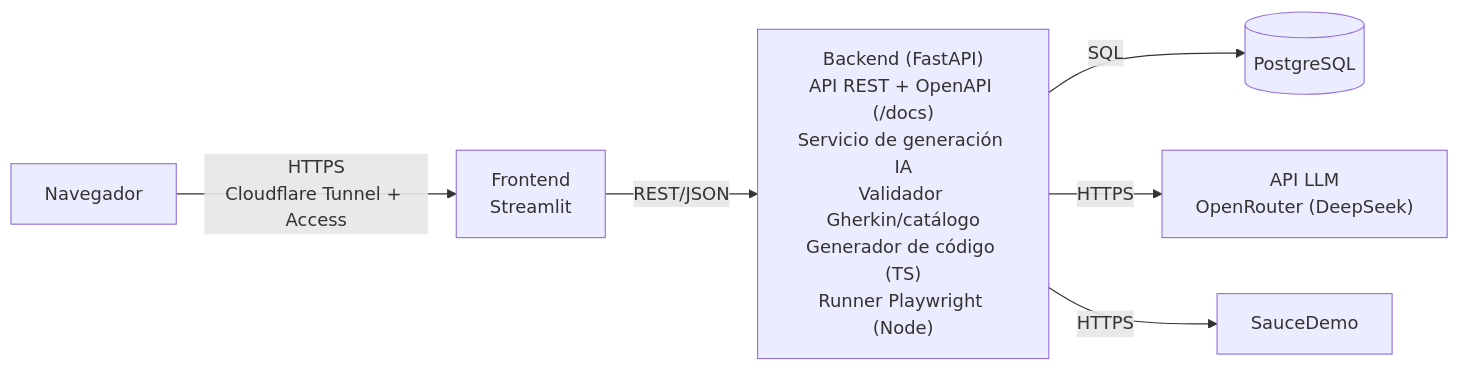
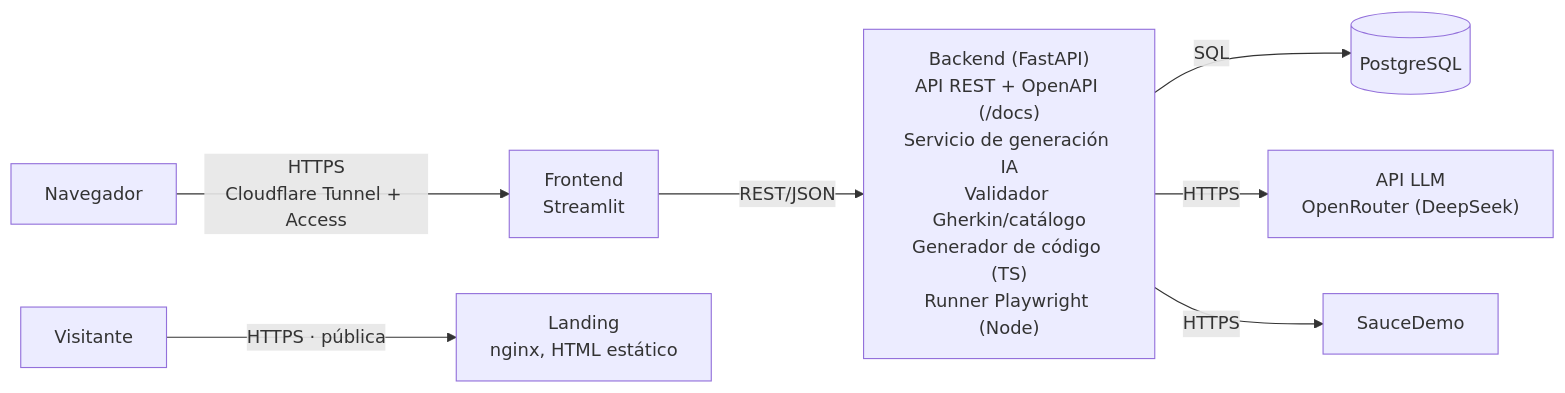
One commit to odremano/QACopilot changed the diagram in README.md. Above: the diagram before and after it, drawn with Mermaid. The commit also changed other lines of this file and 5 other files, not shown here.

First line of the commit message:
feat: la landing se sirve con nginx como cuarto servicio del compose

````diff
--- a/README.md
+++ b/README.md
@@ -15,8 +15,9 @@
 ```mermaid
 flowchart LR
     nav["Navegador"] -->|"HTTPS<br/>Cloudflare Tunnel + Access"| fe["Frontend<br/>Streamlit"]
     fe -->|"REST/JSON"| be["Backend (FastAPI)<br/>API REST + OpenAPI (/docs)<br/>Servicio de generación IA<br/>Validador Gherkin/catálogo<br/>Generador de código (TS)<br/>Runner Playwright (Node)"]
     be -->|SQL| db[("PostgreSQL")]
     be -->|HTTPS| llm["API LLM<br/>OpenRouter (DeepSeek)"]
     be -->|HTTPS| sut["SauceDemo"]
+    vis["Visitante"] -->|"HTTPS · pública"| landing["Landing<br/>nginx, HTML estático"]
 ```
````
